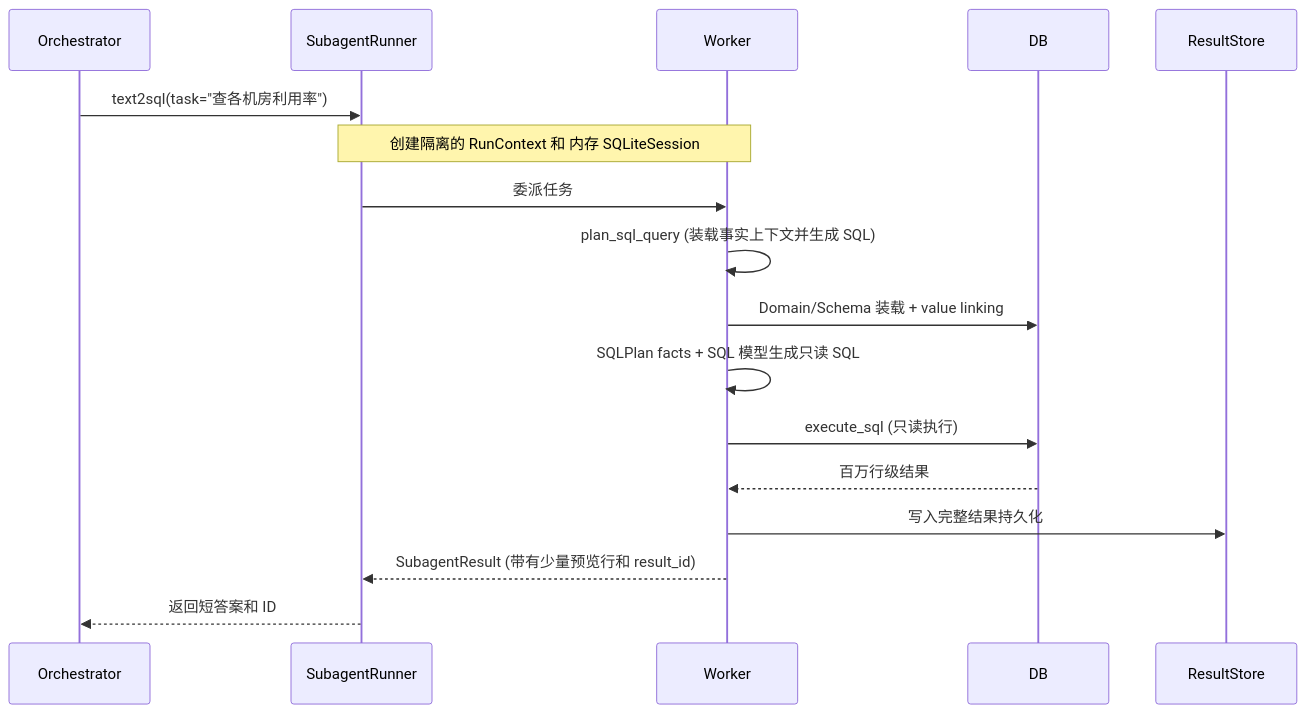
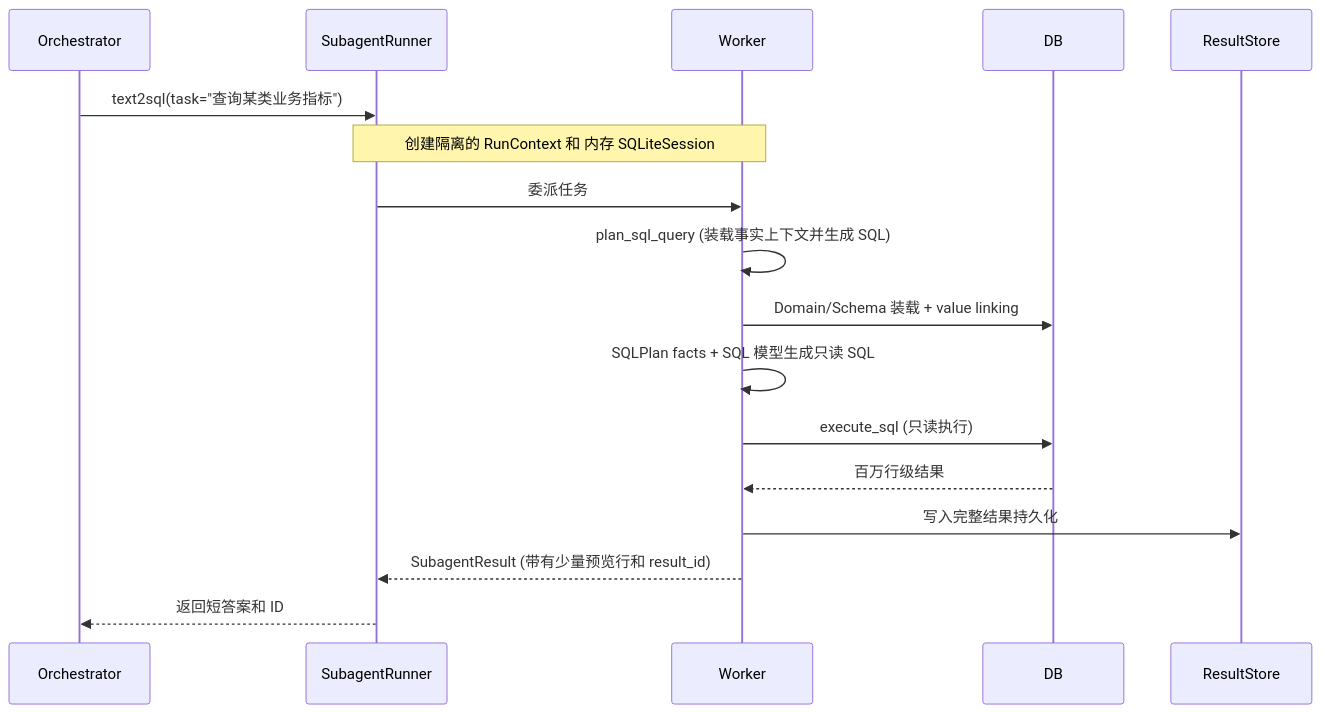
One commit to chick26/agentweave changed the diagram in docs/architecture/05-text2sql-subagent.md. Above: the diagram before and after it, drawn with Mermaid. The commit also changed other lines of this file and 11 other files, not shown here.

````diff
--- a/docs/architecture/05-text2sql-subagent.md
+++ b/docs/architecture/05-text2sql-subagent.md
@@ -15,14 +15,14 @@
 ```mermaid
 sequenceDiagram
-    Orchestrator->>SubagentRunner: text2sql(task="查各机房利用率")
+    Orchestrator->>SubagentRunner: text2sql(task="查询某类业务指标")
     Note over SubagentRunner,Worker: 创建隔离的 RunContext 和 内存 SQLiteSession
     SubagentRunner->>Worker: 委派任务
     Worker->>Worker: plan_sql_query (装载事实上下文并生成 SQL)
     Worker->>DB: Domain/Schema 装载 + value linking
     Worker->>Worker: SQLPlan facts + SQL 模型生成只读 SQL
     Worker->>DB: execute_sql (只读执行)
     DB-->>Worker: 百万行级结果
     Worker->>ResultStore: 写入完整结果持久化
     Worker-->>SubagentRunner: SubagentResult (带有少量预览行和 result_id)
     SubagentRunner-->>Orchestrator: 返回短答案和 ID
 ```
````
